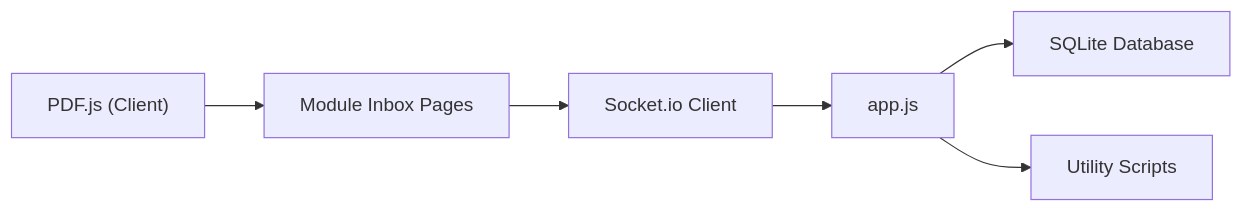
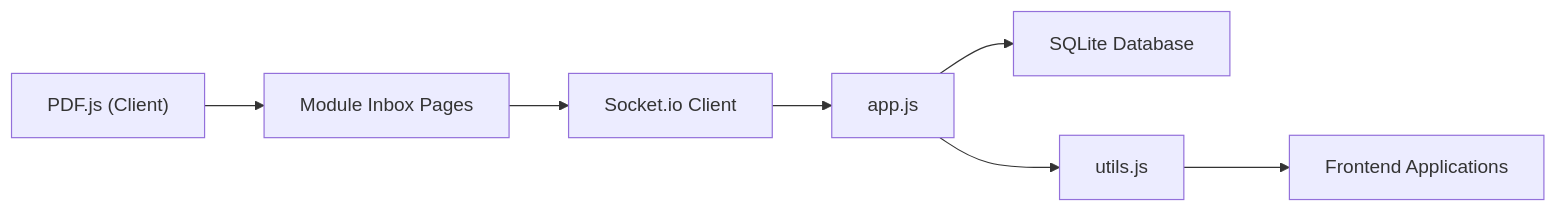
One commit to rendisiagian/TDS_by_RENDISIAGIAN changed the sixth of 6 diagrams in .qoder/repowiki/en/content/Advanced Features/Real-time Processing & Socket.io Integration.md. Above: the diagram before and after it, drawn with Mermaid. The commit also changed other lines of this file and 96 other files, not shown here.

````diff
--- a/.qoder/repowiki/en/content/Advanced Features/Real-time Processing & Socket.io Integration.md
+++ b/.qoder/repowiki/en/content/Advanced Features/Real-time Processing & Socket.io Integration.md
@@ -309,8 +225,9 @@
 ```mermaid
 graph LR
 PDFJS["PDF.js (Client)"] --> Inbox["Module Inbox Pages"]
 Inbox --> SocketIO["Socket.io Client"]
 SocketIO --> Server["app.js"]
 Server --> SQLite["SQLite Database"]
-Server --> Utils["Utility Scripts"]
+Server --> Utils["utils.js"]
+Utils --> Frontend["Frontend Applications"]
 ```
````
